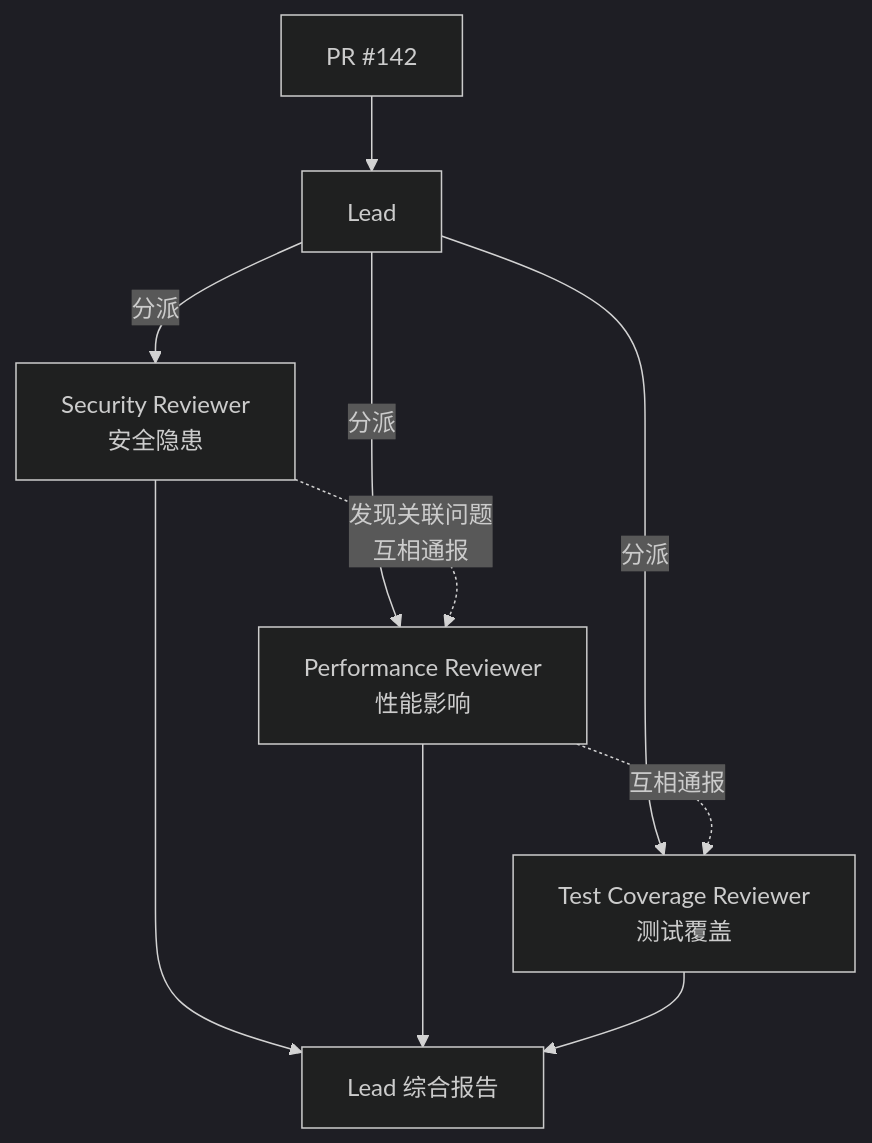
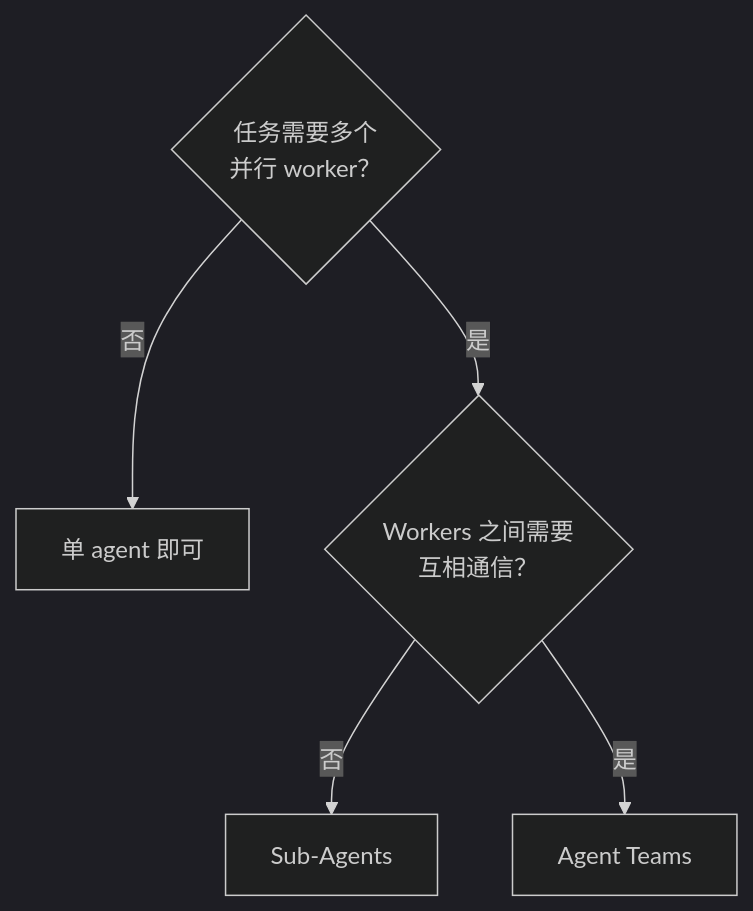
Before and after one commit to reallyhwc/ans-ai-auto-notes: the fifth of 6 diagrams in kb/技术/AI/Claude-Code/Agent Teams 多会话协作架构.md, drawn with Mermaid (dark theme). The commit also changed other lines of this file and 3 other files, not shown here.

First line of the commit message:
docs(kb): Agent Teams 笔记版权安全重写 + 反向链接

````diff
--- a/kb/技术/AI/Claude-Code/Agent Teams 多会话协作架构.md
+++ b/kb/技术/AI/Claude-Code/Agent Teams 多会话协作架构.md
@@ -187,14 +171,7 @@
 ```mermaid
-flowchart TB
-    PR["PR #142"] --> L["Lead"]
-    L -->|分派| R1["Security Reviewer<br/>安全隐患"]
-    L -->|分派| R2["Performance Reviewer<br/>性能影响"]
-    L -->|分派| R3["Test Coverage Reviewer<br/>测试覆盖"]
-
-    R1 -.->|发现关联问题<br/>互相通报| R2
-    R2 -.->|互相通报| R3
-
-    R1 --> S["Lead 综合报告"]
-    R2 --> S
-    R3 --> S
+flowchart TD
+    Q1{"任务需要多个<br/>并行 worker？"} -->|否| S["单 agent 即可"]
+    Q1 -->|是| Q2{"Workers 之间需要<br/>互相通信？"}
+    Q2 -->|否| SA["Sub-Agents"]
+    Q2 -->|是| AT["Agent Teams"]
 ```
````
